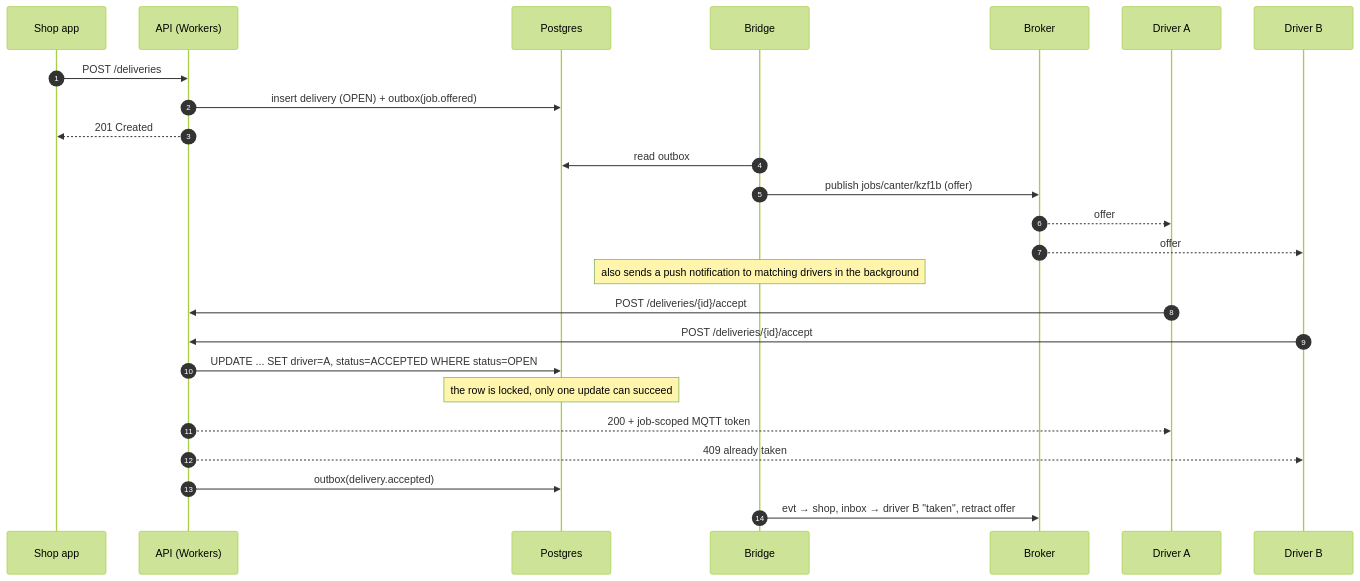
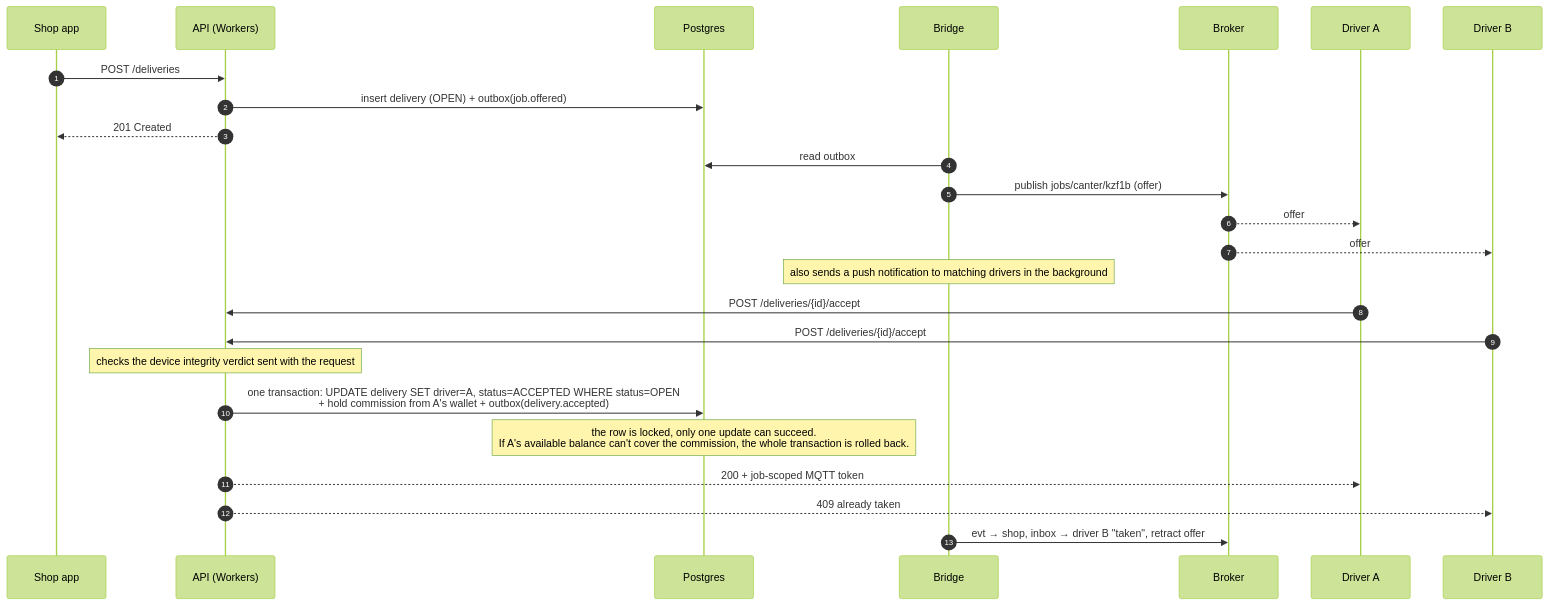
One commit to Deep-Jiwan/adgone-mzigoFasta changed the second of 3 diagrams in docs/ARCHITECTURE.md. Above: the diagram before and after it, drawn with Mermaid (forest theme). The commit also changed other lines of this file and 2 other files, not shown here.

First line of the commit message:
Apply review: driver wallet, ledger, anti-spoofing, edge limits

````diff
--- a/docs/ARCHITECTURE.md
+++ b/docs/ARCHITECTURE.md
@@ -226,28 +258,28 @@
 ```mermaid
 sequenceDiagram
     autonumber
     participant S as Shop app
     participant API as API (Workers)
     participant DB as Postgres
     participant BR as Bridge
     participant MQ as Broker
     participant D1 as Driver A
     participant D2 as Driver B
 
     S->>API: POST /deliveries
     API->>DB: insert delivery (OPEN) + outbox(job.offered)
     API-->>S: 201 Created
     BR->>DB: read outbox
     BR->>MQ: publish jobs/canter/kzf1b (offer)
     MQ-->>D1: offer
     MQ-->>D2: offer
     Note over BR: also sends a push notification to matching drivers in the background
     D1->>API: POST /deliveries/{id}/accept
     D2->>API: POST /deliveries/{id}/accept
-    API->>DB: UPDATE ... SET driver=A, status=ACCEPTED WHERE status=OPEN
-    Note over DB: the row is locked, only one update can succeed
+    Note over API: checks the device integrity verdict sent with the request
+    API->>DB: one transaction: UPDATE delivery SET driver=A, status=ACCEPTED WHERE status=OPEN<br/>+ hold commission from A's wallet + outbox(delivery.accepted)
+    Note over DB: the row is locked, only one update can succeed.<br/>If A's available balance can't cover the commission, the whole transaction is rolled back.
     API-->>D1: 200 + job-scoped MQTT token
     API-->>D2: 409 already taken
-    API->>DB: outbox(delivery.accepted)
     BR->>MQ: evt → shop, inbox → driver B "taken", retract offer
 ```
````
